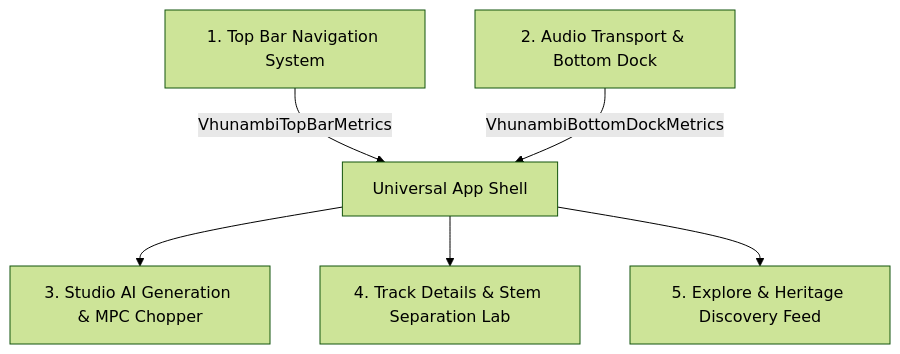
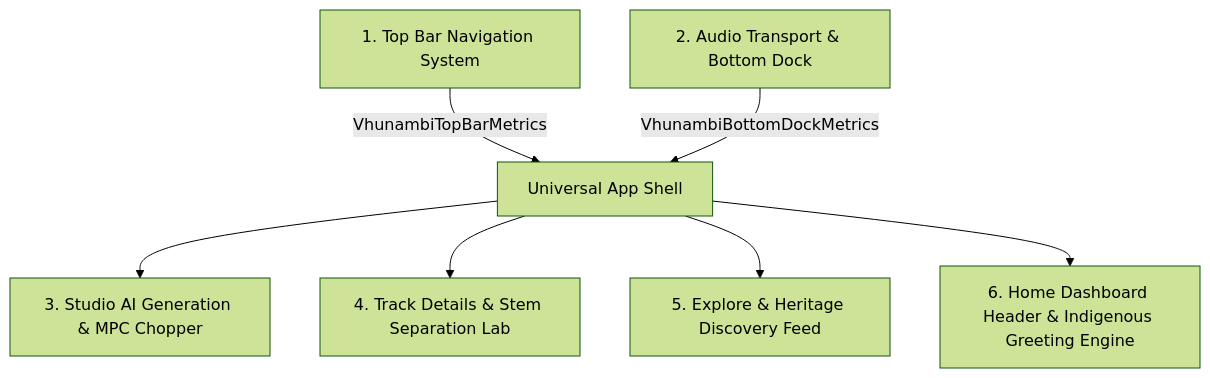
The diagram in docs/VHUNAMBI_MODERNIZATION_CHRONICLE.md (Ndugelo-Code/vhunambi), drawn with Mermaid (forest theme) before and after one commit. The commit also changed other lines of this file and 2 other files, not shown here.

Commit message:
docs(modernization): record System 6 (Home Header & Indigenous Greetings) in chronicle, bible, and readme (813 tests)

````diff
--- a/docs/VHUNAMBI_MODERNIZATION_CHRONICLE.md
+++ b/docs/VHUNAMBI_MODERNIZATION_CHRONICLE.md
@@ -17,8 +17,9 @@
 ```mermaid
 graph TD
     S1[1. Top Bar Navigation System] -->|VhunambiTopBarMetrics| App[Universal App Shell]
     S2[2. Audio Transport & Bottom Dock] -->|VhunambiBottomDockMetrics| App
     App --> S3[3. Studio AI Generation & MPC Chopper]
     App --> S4[4. Track Details & Stem Separation Lab]
     App --> S5[5. Explore & Heritage Discovery Feed]
+    App --> S6[6. Home Dashboard Header & Indigenous Greeting Engine]
 ```
````
